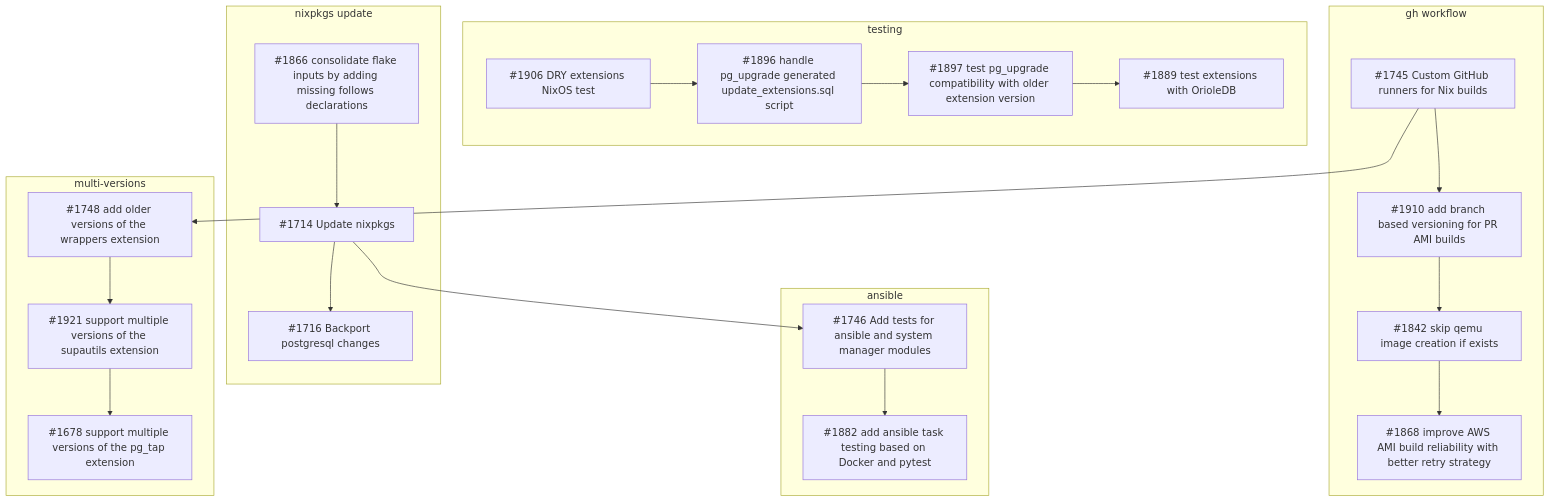
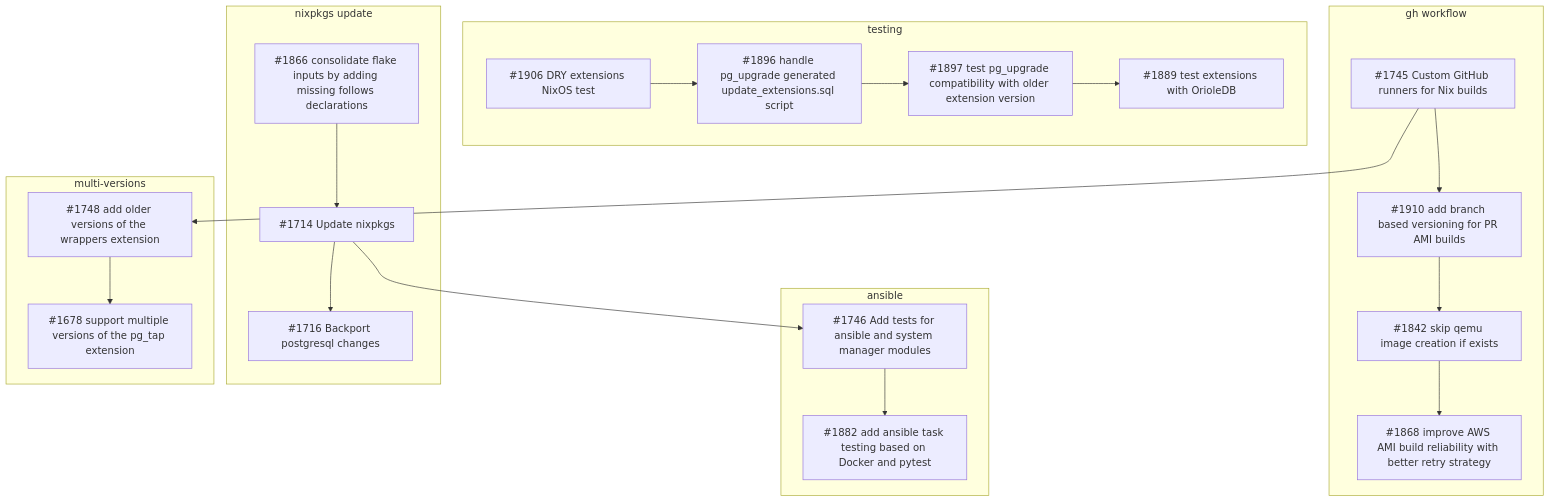
Before and after one commit to supabase/postgres: the first of 3 diagrams in nix/docs/ROADMAP.md, drawn with Mermaid. The commit also changed other lines of this file, not shown here.

Commit message:
Remove references to supautils extension in roadmap

````diff
--- a/nix/docs/ROADMAP.md
+++ b/nix/docs/ROADMAP.md
@@ -3,71 +3,69 @@
 ```mermaid
 graph TD
  
     %% nixpkgs update
     1866[#1866 consolidate flake inputs by adding missing follows declarations]
     1714[#1714 Update nixpkgs]
     1716[#1716 Backport postgresql changes]
 
     click 1866 "https://github.com/supabase/postgres/pull/1866" "Open PR #1866"
     click 1714 "https://github.com/supabase/postgres/pull/1714" "Open PR #1714"
     click 1716 "https://github.com/supabase/postgres/pull/1716" "Open PR #1716"
 
     subgraph nixpkgs-update["nixpkgs update"]
         1866 --> 1714 --> 1716
     end
 
     %% testing
     1906[#1906 DRY extensions NixOS test]
     1896[#1896 handle pg_upgrade generated update_extensions.sql script]
     1897[#1897 test pg_upgrade compatibility with older extension version]
     1889[#1889 test extensions with OrioleDB]
 
     subgraph testing["testing"]
         1906 --> 1896 --> 1897 --> 1889
     end
 
     click 1906 "https://github.com/supabase/postgres/pull/1906" "Open PR #1906"
     click 1896 "https://github.com/supabase/postgres/pull/1896" "Open PR #1896"
     click 1897 "https://github.com/supabase/postgres/pull/1897" "Open PR #1897"
     click 1889 "https://github.com/supabase/postgres/pull/1889" "Open PR #1889"
 
     %% multi-versions
     1678[#1678 support multiple versions of the pg_tap extension]
-    1921[#1921 support multiple versions of the supautils extension]
     1748[#1748 add older versions of the wrappers extension]
 
     subgraph multi-versions["multi-versions"]
-        1748 --> 1921 --> 1678
+        1748 --> 1678
     end
 
     click 1678 "https://github.com/supabase/postgres/pull/1678" "Open PR #1678"
-    click 1921 "https://github.com/supabase/postgres/pull/1921" "Open PR #1921"
     click 1748 "https://github.com/supabase/postgres/pull/1748" "Open PR #1748"
 
     %% gh workflow
     1910[#1910 add branch based versioning for PR AMI builds]
     1868[#1868 improve AWS AMI build reliability with better retry strategy]
     1842[#1842 skip qemu image creation if exists]
     1745[#1745 Custom GitHub runners for Nix builds]
 
     subgraph gh-workflow["gh workflow"]
         1745 --> 1910 --> 1842 --> 1868
         1745 --> 1748
     end
 
     click 1910 "https://github.com/supabase/postgres/pull/1910" "Open PR #1910"
     click 1868 "https://github.com/supabase/postgres/pull/1868" "Open PR #1868"
     click 1842 "https://github.com/supabase/postgres/pull/1842" "Open PR #1842"
     click 1745 "https://github.com/supabase/postgres/pull/1745" "Open PR #1745"
 
     %% ansible
     1746[#1746 Add tests for ansible and system manager modules]
     1882[#1882 add ansible task testing based on Docker and pytest]
 
     subgraph ansible["ansible"]
         1714 --> 1746 --> 1882
     end
 
     click 1746 "https://github.com/supabase/postgres/pull/1746" "Open PR #1746"
     click 1882 "https://github.com/supabase/postgres/pull/1882" "Open PR #1882"
 ```
````
